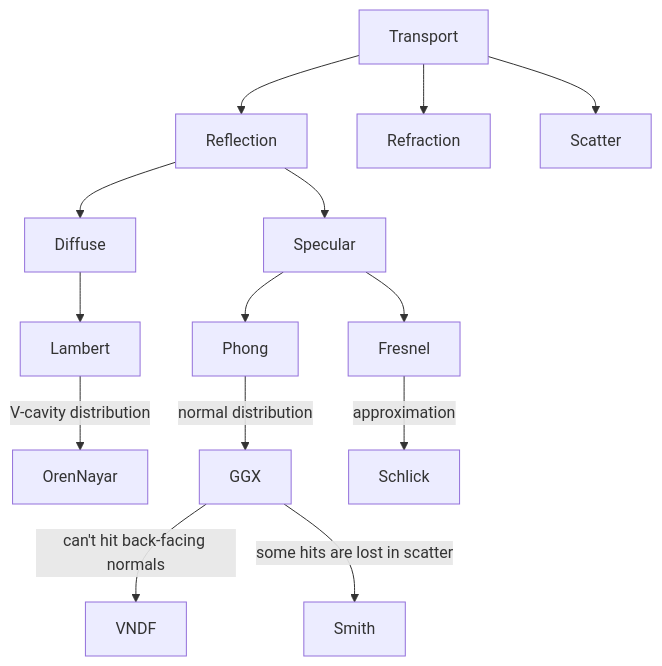
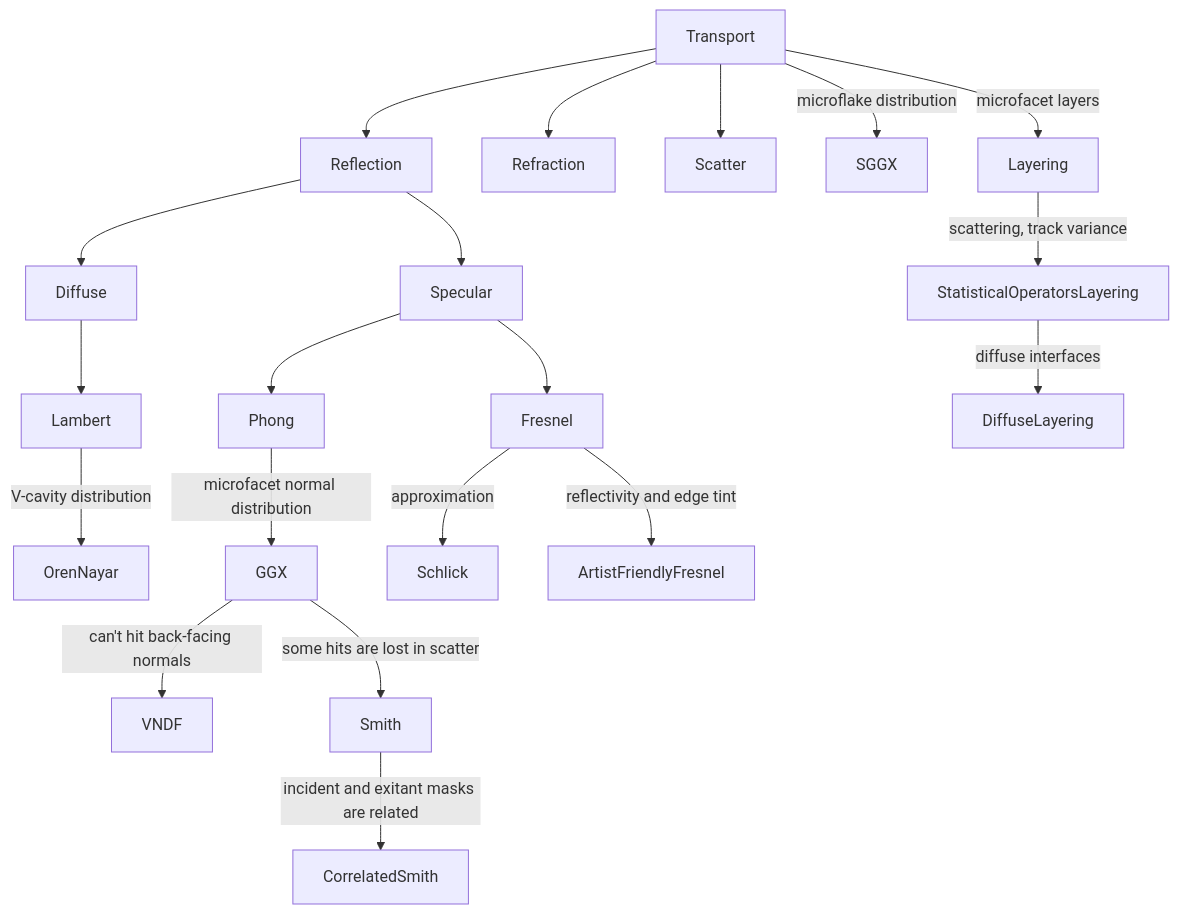
One commit to kvark/graphics changed the diagram in README.md. Above: the diagram before and after it, drawn with Mermaid.

Commit message:
Add layering sub-tree

````diff
--- a/README.md
+++ b/README.md
@@ -4,21 +4,34 @@
 ```mermaid
   graph TD;
       Transport --> Reflection;
       Transport --> Refraction;
       Transport --> Scatter;
       Reflection --> Diffuse;
       Reflection --> Specular;
       Diffuse --> Lambert;
       Specular --> Phong;
       Specular --> Fresnel;
       click Fresnel "https://www.brown.edu/research/labs/mittleman/sites/brown.edu.research.labs.mittleman/files/uploads/lecture13_0.pdf" _blank
       Fresnel --> |approximation| Schlick;
       click Schlick "http://igorsklyar.com/system/documents/papers/28/Schlick94.pdf" _blank
+      Fresnel --> |reflectivity and edge tint| ArtistFriendlyFresnel;
+      click ArtistFriendlyFresnel "https://jcgt.org/published/0003/04/03/paper.pdf" _blank
       Lambert --> |V-cavity distribution| OrenNayar;
       click OrenNayar "https://www1.cs.columbia.edu/CAVE/publications/pdfs/Oren_SIGGRAPH94.pdf" _blank
-      Phong --> |normal distribution| GGX;
+      Phong --> |microfacet normal distribution| GGX;
       click GGX "http://www.cs.cornell.edu/~srm/publications/EGSR07-btdf.pdf" _blank
       GGX --> |can't hit back-facing normals| VNDF;
       click VNDF "https://jcgt.org/published/0007/04/01/paper.pdf" _blank
       GGX --> |some hits are lost in scatter| Smith;
+      click Smith "https://ieeexplore.ieee.org/document/1138991" _blank
+      Smith --> |incident and exitant masks are related| CorrelatedSmith;
+      click CorrelatedSmith "https://jcgt.org/published/0003/02/03/paper.pdf" _blank;
+      Transport --> |microflake distribution| SGGX;
+      click SGGX "https://research.nvidia.com/sites/default/files/pubs/2015-08_The-SGGX-microflake/sggx.pdf" _blank
+      Transport --> |microfacet layers| Layering;
+      click Layering "https://www.cg.tuwien.ac.at/research/publications/2007/weidlich_2007_almfs/weidlich_2007_almfs-paper.pdf" _blank
+      Layering --> |scattering, track variance| StatisticalOperatorsLayering;
+      click StatisticalOperatorsLayering "https://hal.archives-ouvertes.fr/hal-01785457/document" _blank
+      StatisticalOperatorsLayering --> |diffuse interfaces| DiffuseLayering;
+      click DiffuseLayering "https://arxiv.org/pdf/2203.11835.pdf" _blank
 ```
````
